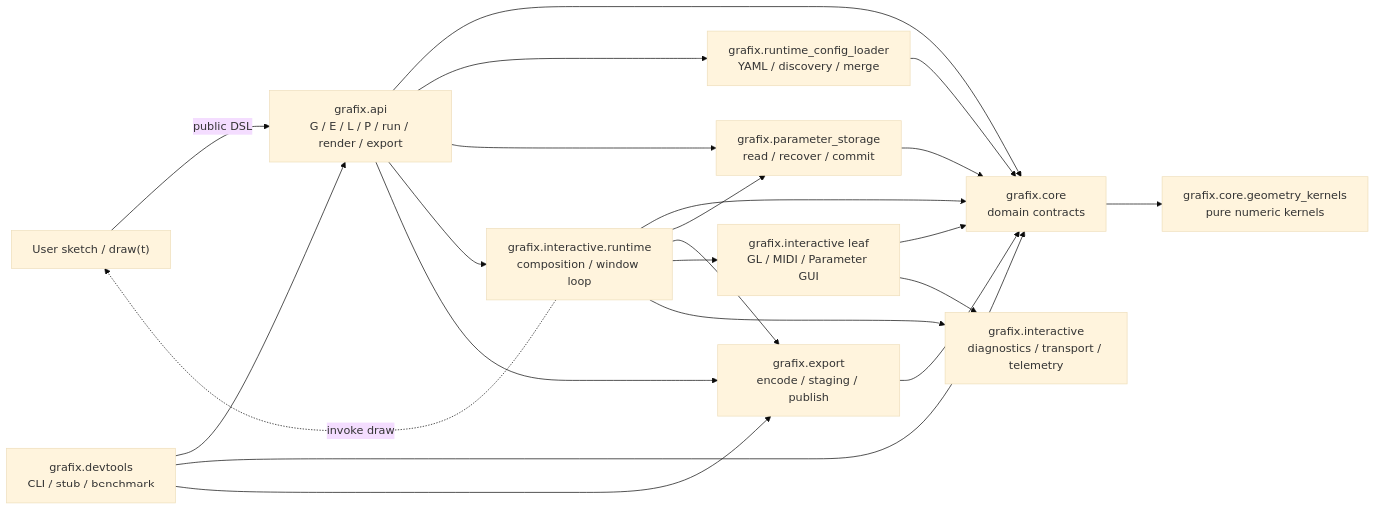
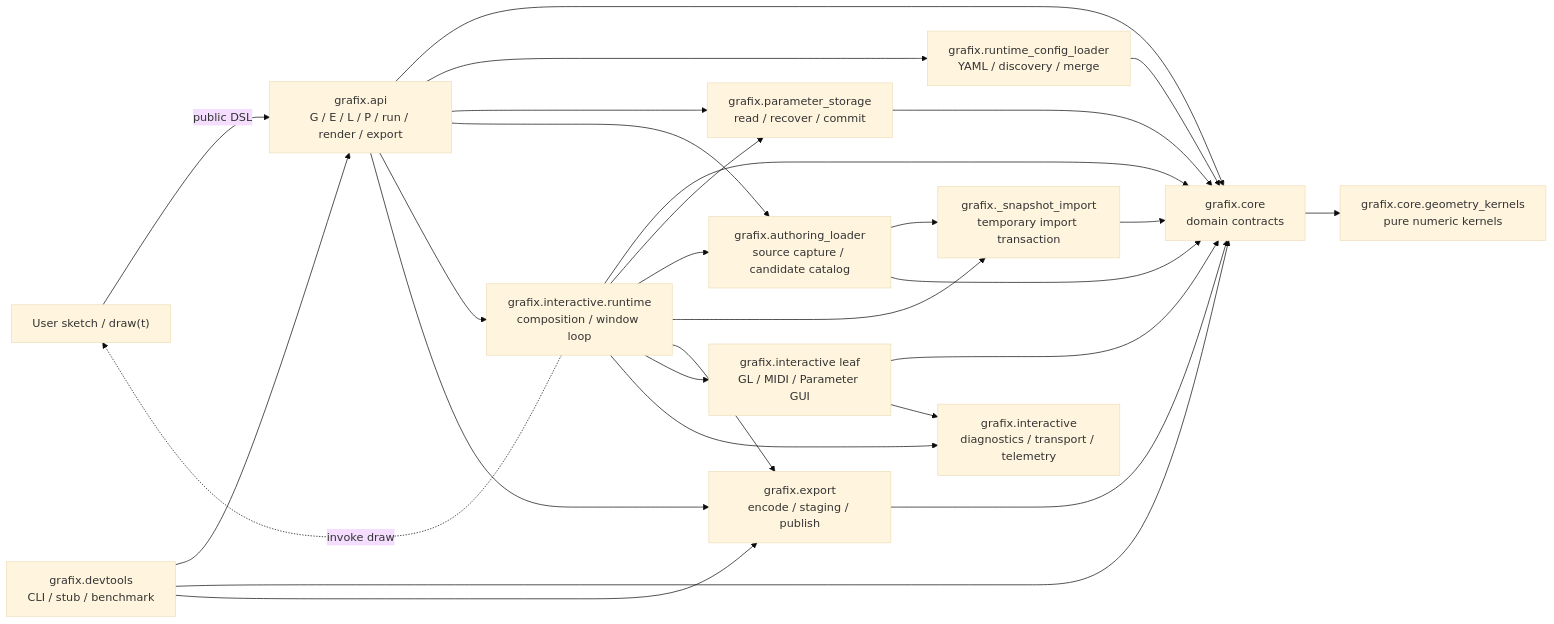
One commit to tyhts0829/graft changed the first of 24 diagrams in docs/architecture_visualization.md. Above: the diagram before and after it, drawn with Mermaid (base theme). The commit also changed other lines of this file and 135 other files, not shown here.

````diff
--- a/docs/architecture_visualization.md
+++ b/docs/architecture_visualization.md
@@ -14,36 +14,44 @@
 ```mermaid
 flowchart LR
     sketch["User sketch / draw(t)"]
     api["grafix.api<br/>G / E / L / P / run / render / export"]
     core["grafix.core<br/>domain contracts"]
     kernels["grafix.core.geometry_kernels<br/>pure numeric kernels"]
+    authoring["grafix.authoring_loader<br/>source capture / candidate catalog"]
+    snapshot["grafix._snapshot_import<br/>temporary import transaction"]
     configio["grafix.runtime_config_loader<br/>YAML / discovery / merge"]
     paramio["grafix.parameter_storage<br/>read / recover / commit"]
     export["grafix.export<br/>encode / staging / publish"]
     runtime["grafix.interactive.runtime<br/>composition / window loop"]
     leaf["grafix.interactive leaf<br/>GL / MIDI / Parameter GUI"]
     neutral["grafix.interactive<br/>diagnostics / transport / telemetry"]
     tools["grafix.devtools<br/>CLI / stub / benchmark"]
 
     sketch -->|"public DSL"| api
     api --> core
     api --> configio
     api --> paramio
+    api --> authoring
     api --> runtime
     api --> export
     runtime --> core
     runtime --> paramio
+    runtime --> authoring
+    runtime --> snapshot
     runtime --> export
     runtime --> leaf
     runtime --> neutral
     leaf --> core
     leaf --> neutral
     core --> kernels
+    authoring --> snapshot
+    authoring --> core
+    snapshot --> core
     configio --> core
     paramio --> core
     export --> core
     tools --> api
     tools --> core
     tools --> export
     runtime -.->|"invoke draw"| sketch
 ```
````
